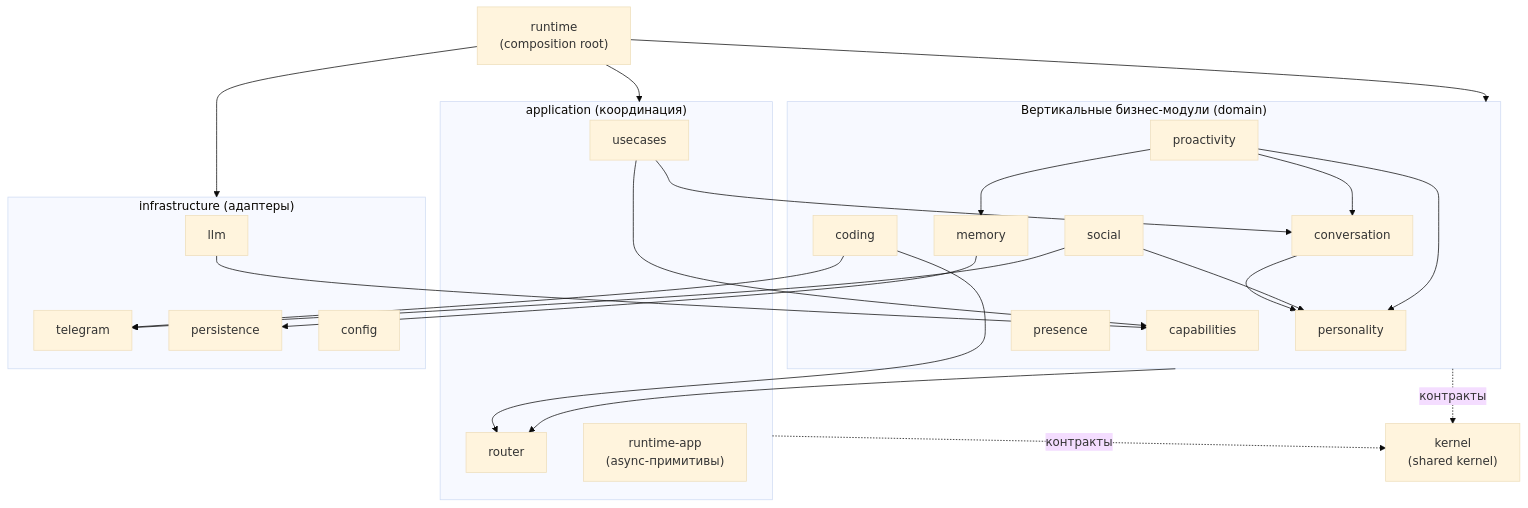
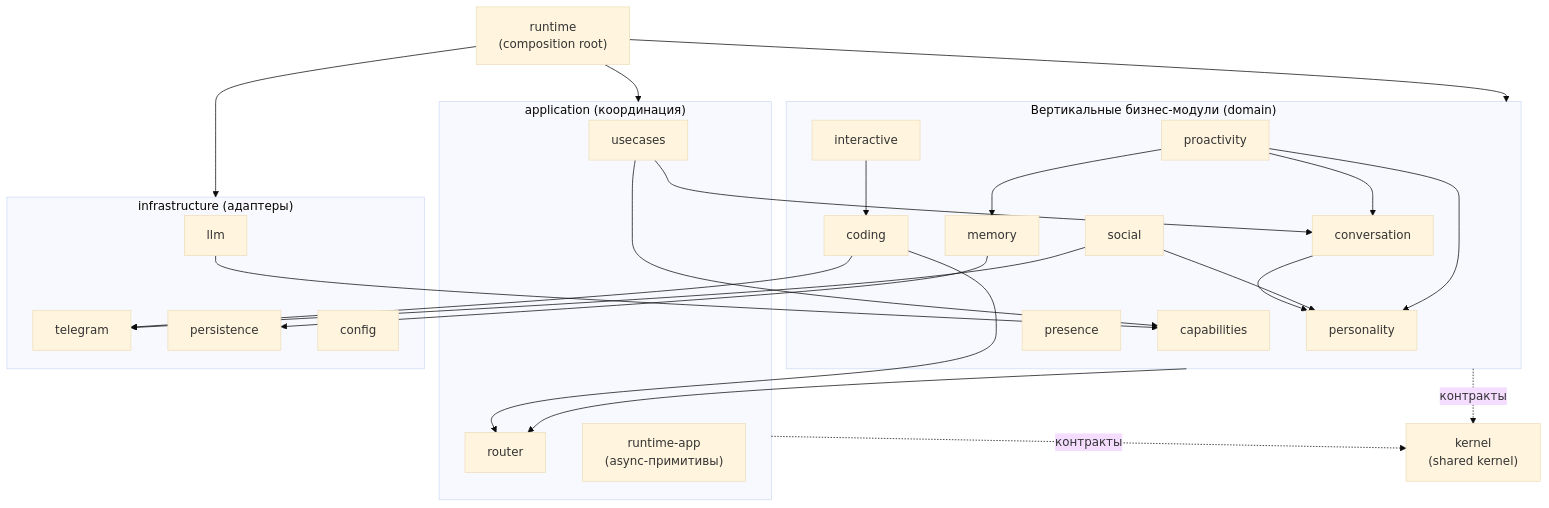
Before and after one commit to zoologov/bob: the diagram in docs/architecture.md, drawn with Mermaid (base theme). The commit also changed other lines of this file and 59 other files, not shown here.

````diff
--- a/docs/architecture.md
+++ b/docs/architecture.md
@@ -114,45 +116,47 @@
 ```mermaid
 graph TD
     subgraph business["Вертикальные бизнес-модули (domain)"]
         personality["personality"]
         conversation["conversation"]
         memory["memory"]
         social["social"]
         proactivity["proactivity"]
         presence["presence"]
         capabilities["capabilities"]
         coding["coding"]
+        interactive["interactive"]
     end
     subgraph app["application (координация)"]
         usecases["usecases"]
         router["router"]
         runtime_app["runtime-app<br/>(async-примитивы)"]
     end
     subgraph infra["infrastructure (адаптеры)"]
         llm["llm"]
         telegram["telegram"]
         persistence["persistence"]
         config["config"]
     end
     kernel["kernel<br/>(shared kernel)"]
     runtime["runtime<br/>(composition root)"]
 
     conversation --> personality
     social --> personality
     proactivity --> personality
     proactivity --> conversation
     proactivity --> memory
     memory --> persistence
     coding --> router
     coding --> telegram
+    interactive --> coding
     social --> telegram
     llm --> capabilities
     usecases --> capabilities
     usecases --> conversation
     business --> router
     business -.->|контракты| kernel
     app -.->|контракты| kernel
     runtime --> business
     runtime --> app
     runtime --> infra
 ```
````
